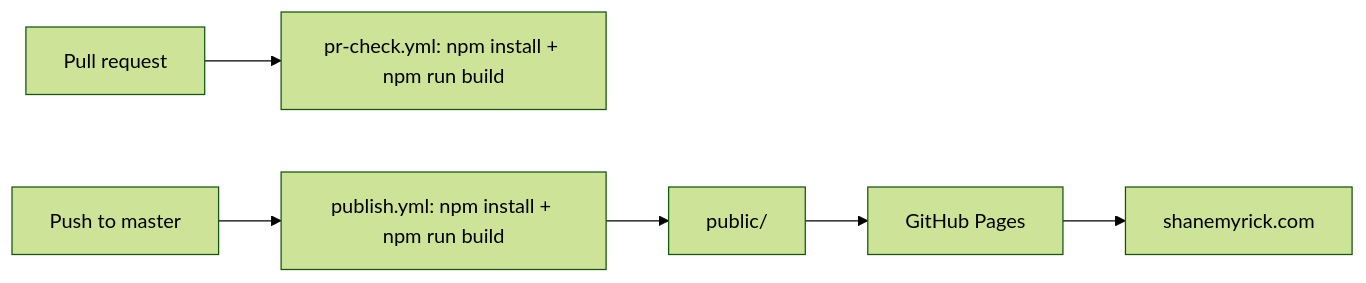
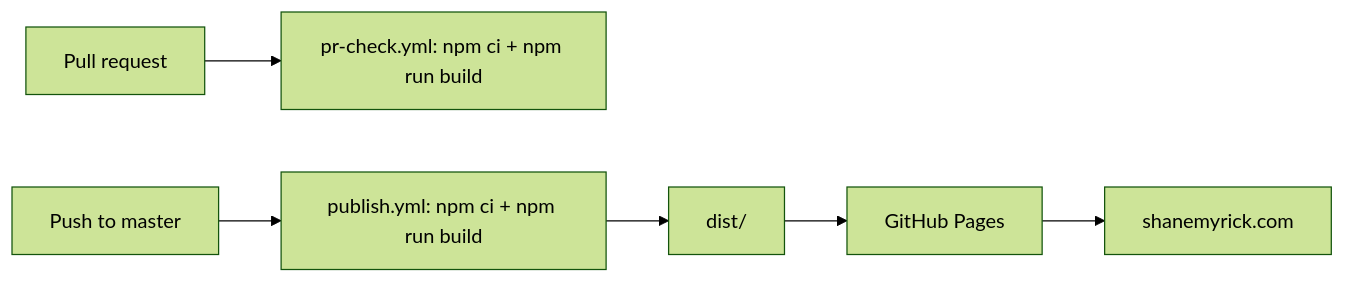
The third of 3 diagrams in ARCHITECTURE.md (smyrick/smyrick.github.io), drawn with Mermaid (forest theme) before and after one commit. The commit also changed other lines of this file and 46 other files, not shown here.

````diff
--- a/ARCHITECTURE.md
+++ b/ARCHITECTURE.md
@@ -126,8 +119,8 @@
 ```mermaid
 flowchart LR
-    PR["Pull request"] --> PRCheck["pr-check.yml: npm install + npm run build"]
-    Master["Push to master"] --> Publish["publish.yml: npm install + npm run build"]
-    Publish --> Public["public/"]
-    Public --> GHPages["GitHub Pages"]
+    PR["Pull request"] --> PRCheck["pr-check.yml: npm ci + npm run build"]
+    Master["Push to master"] --> Publish["publish.yml: npm ci + npm run build"]
+    Publish --> Dist["dist/"]
+    Dist --> GHPages["GitHub Pages"]
     GHPages --> Domain["shanemyrick.com"]
 ```
````
